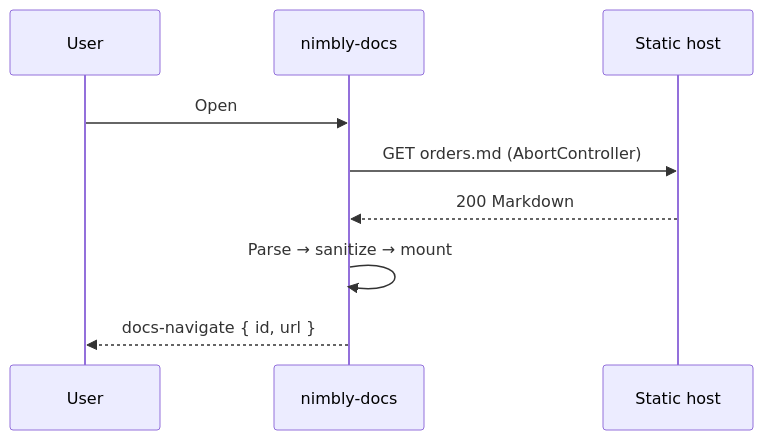
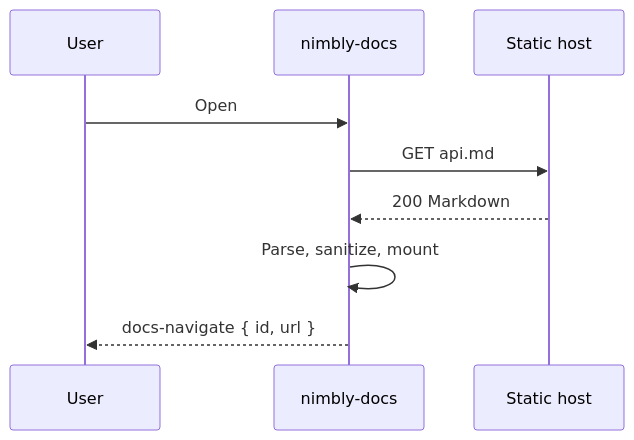
One commit to asterd/nimbly-docs changed the third of 9 diagrams in docs/pages/diagrams.md. Above: the diagram before and after it, drawn with Mermaid. The commit also changed other lines of this file and 46 other files, not shown here.

First line of the commit message:
feat(v0.0.7): cleaner Nimbly Classic, toned badges, isolated code groups, single diagrams page

````diff
--- a/docs/pages/diagrams.md
+++ b/docs/pages/diagrams.md
@@ -43,11 +55,11 @@
 ```mermaid
 sequenceDiagram
     participant U as User
     participant V as nimbly-docs
     participant S as Static host
-    U->>V: Open #/api/orders
-    V->>S: GET orders.md (AbortController)
+    U->>V: Open #/api
+    V->>S: GET api.md
     S-->>V: 200 Markdown
-    V->>V: Parse → sanitize → mount
+    V->>V: Parse, sanitize, mount
     V-->>U: docs-navigate { id, url }
 ```
````
